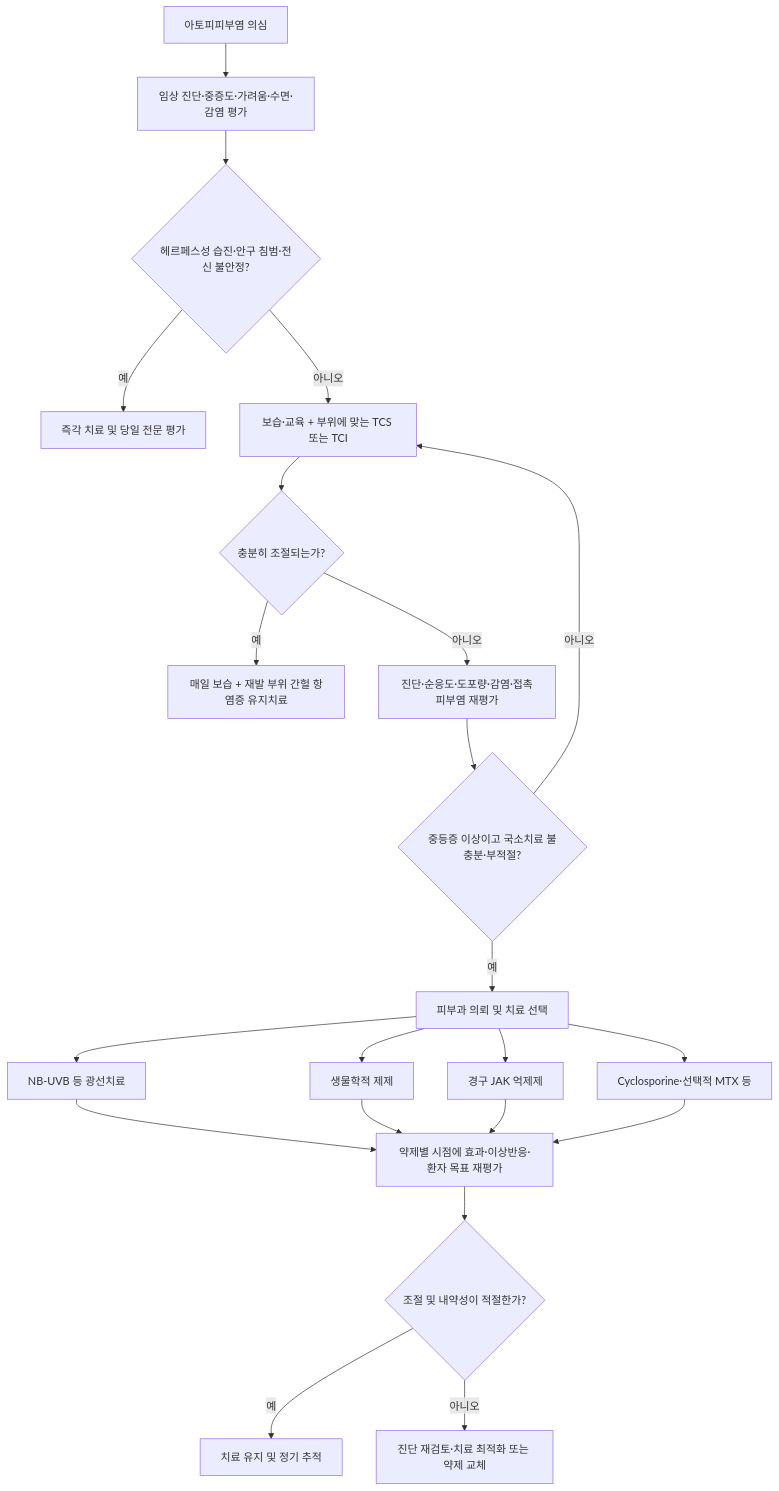
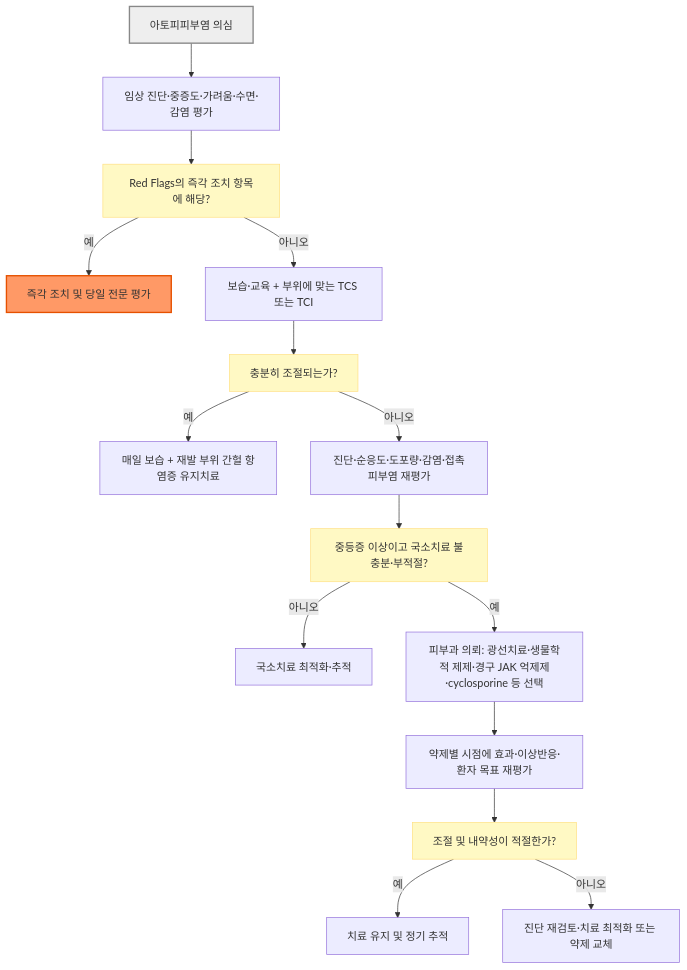
The diagram in 229_/158_-atopic-dermatitis.md (familyoh77/familyoh77), drawn with Mermaid before and after one commit. The commit also changed other lines of this file and 16 other files, not shown here.

````diff
--- a/229_/158_-atopic-dermatitis.md
+++ b/229_/158_-atopic-dermatitis.md
@@ -155,24 +155,22 @@
 ```mermaid
 flowchart TD
     A["아토피피부염 의심"] --> B["임상 진단·중증도·가려움·수면·감염 평가"]
-    B --> R{"헤르페스성 습진·안구 침범·전신 불안정?"}
-    R -->|예| S["즉각 치료 및 당일 전문 평가"]
-    R -->|아니오| C["보습·교육 + 부위에 맞는 TCS 또는 TCI"]
-    C --> D{"충분히 조절되는가?"}
-    D -->|예| E["매일 보습 + 재발 부위 간헐 항염증 유지치료"]
-    D -->|아니오| F["진단·순응도·도포량·감염·접촉피부염 재평가"]
-    F --> G{"중등증 이상이고 국소치료 불충분·부적절?"}
-    G -->|아니오| C
-    G -->|예| H["피부과 의뢰 및 치료 선택"]
-    H --> I["NB-UVB 등 광선치료"]
-    H --> J["생물학적 제제"]
-    H --> K["경구 JAK 억제제"]
-    H --> L["Cyclosporine·선택적 MTX 등"]
-    I --> M["약제별 시점에 효과·이상반응·환자 목표 재평가"]
-    J --> M
-    K --> M
-    L --> M
-    M --> N{"조절 및 내약성이 적절한가?"}
-    N -->|예| O["치료 유지 및 정기 추적"]
-    N -->|아니오| P["진단 재검토·치료 최적화 또는 약제 교체"]
+    B --> R["Red Flags의 즉각 조치 항목에 해당?"]
+    R -- "예" --> S["즉각 조치 및 당일 전문 평가"]
+    R -- "아니오" --> C["보습·교육 + 부위에 맞는 TCS 또는 TCI"]
+    C --> D["충분히 조절되는가?"]
+    D -- "예" --> E["매일 보습 + 재발 부위 간헐 항염증 유지치료"]
+    D -- "아니오" --> F["진단·순응도·도포량·감염·접촉피부염 재평가"]
+    F --> G["중등증 이상이고 국소치료 불충분·부적절?"]
+    G -- "아니오" --> C2["국소치료 최적화·추적"]
+    G -- "예" --> H["피부과 의뢰: 광선치료·생물학적 제제·경구 JAK 억제제·cyclosporine 등 선택"]
+    H --> M["약제별 시점에 효과·이상반응·환자 목표 재평가"]
+    M --> N["조절 및 내약성이 적절한가?"]
+    N -- "예" --> O["치료 유지 및 정기 추적"]
+    N -- "아니오" --> P["진단 재검토·치료 최적화 또는 약제 교체"]
+
+    classDef question fill:#fff9c4,stroke:#ffe082
+    class R,D,G,N question
+    style A fill:#eeeeee,stroke:#888888,stroke-width:2px
+    style S fill:#f96,stroke:#e65100,stroke-width:2px
 ```
````
